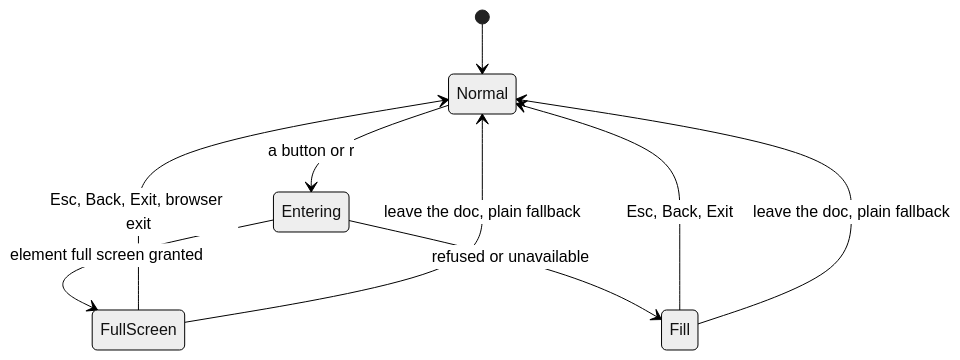
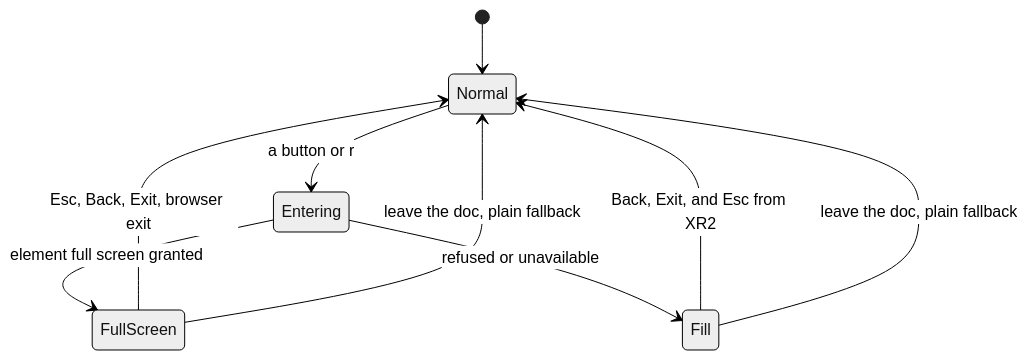
The first of 5 diagrams in docs/superpowers/specs/2026-11-20-native-docs-reader-mode-design.md (Synapsium-Labs/ccrc-pwa), drawn with Mermaid (neutral theme) before and after one commit. The commit also changed other lines of this file and 1 other file, not shown here.

````diff
--- a/docs/superpowers/specs/2026-11-20-native-docs-reader-mode-design.md
+++ b/docs/superpowers/specs/2026-11-20-native-docs-reader-mode-design.md
@@ -140,11 +140,11 @@
 ```mermaid
 stateDiagram-v2
   [*] --> Normal
   Normal --> Entering: a button or r
   Entering --> FullScreen: element full screen granted
   Entering --> Fill: refused or unavailable
   FullScreen --> Normal: Esc, Back, Exit, browser exit
-  Fill --> Normal: Esc, Back, Exit
+  Fill --> Normal: Back, Exit, and Esc from XR2
   FullScreen --> Normal: leave the doc, plain fallback
   Fill --> Normal: leave the doc, plain fallback
 ```
````
